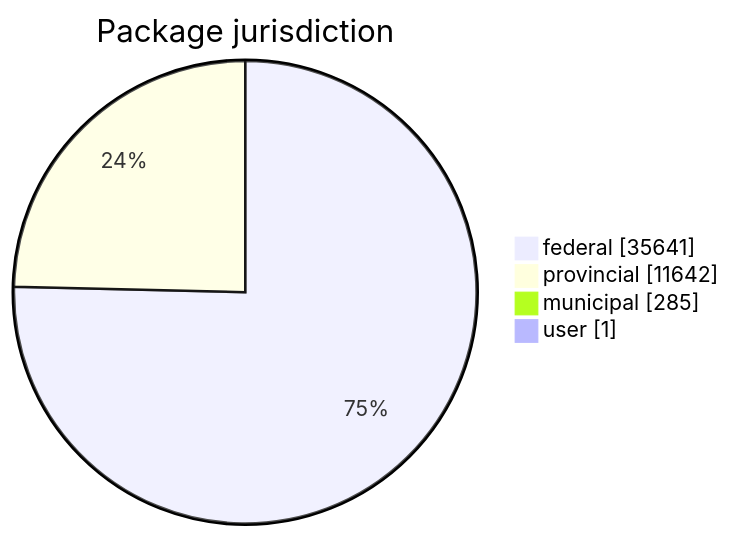
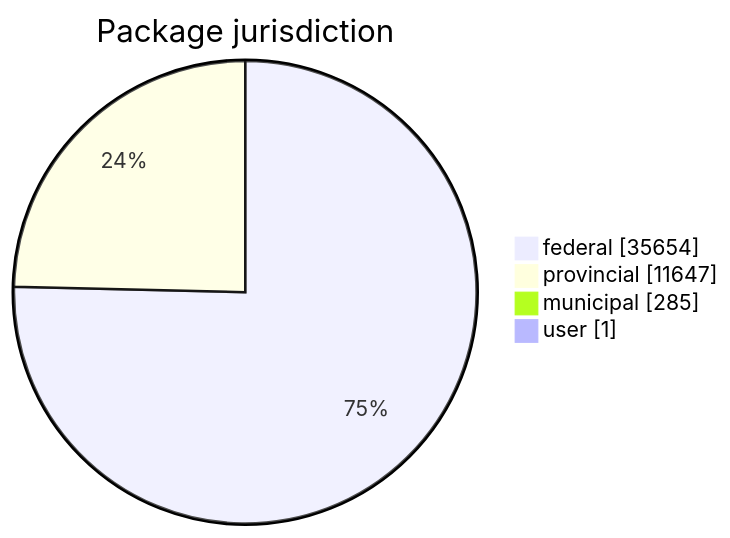
The first of 5 diagrams in FreshCheck/README.md (open-data/analytics-corporate-reporting), drawn with Mermaid before and after one commit. The commit also changed other lines of this file and 3 other files, not shown here.

````diff
--- a/FreshCheck/README.md
+++ b/FreshCheck/README.md
@@ -60,7 +60,7 @@
 ```mermaid
 pie showData title Package jurisdiction
-    "federal": 35641
-    "provincial": 11642
+    "federal": 35654
+    "provincial": 11647
     "municipal": 285
     "user": 1
 ```
````
